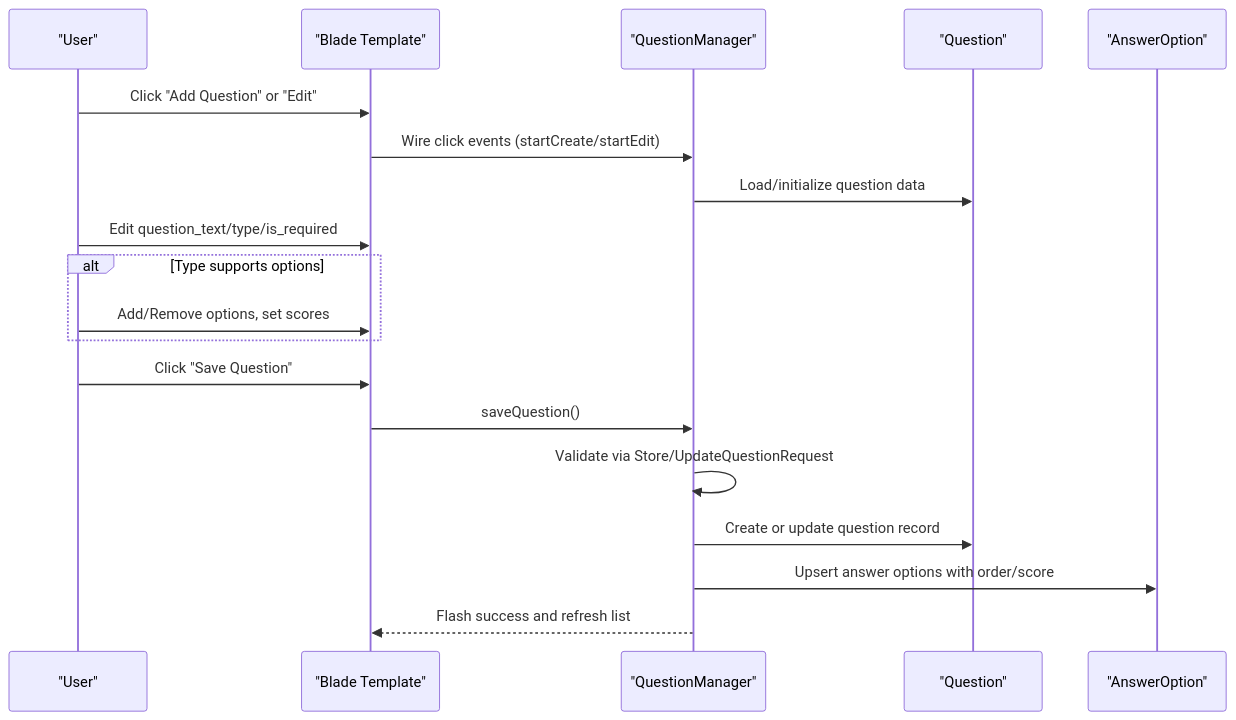
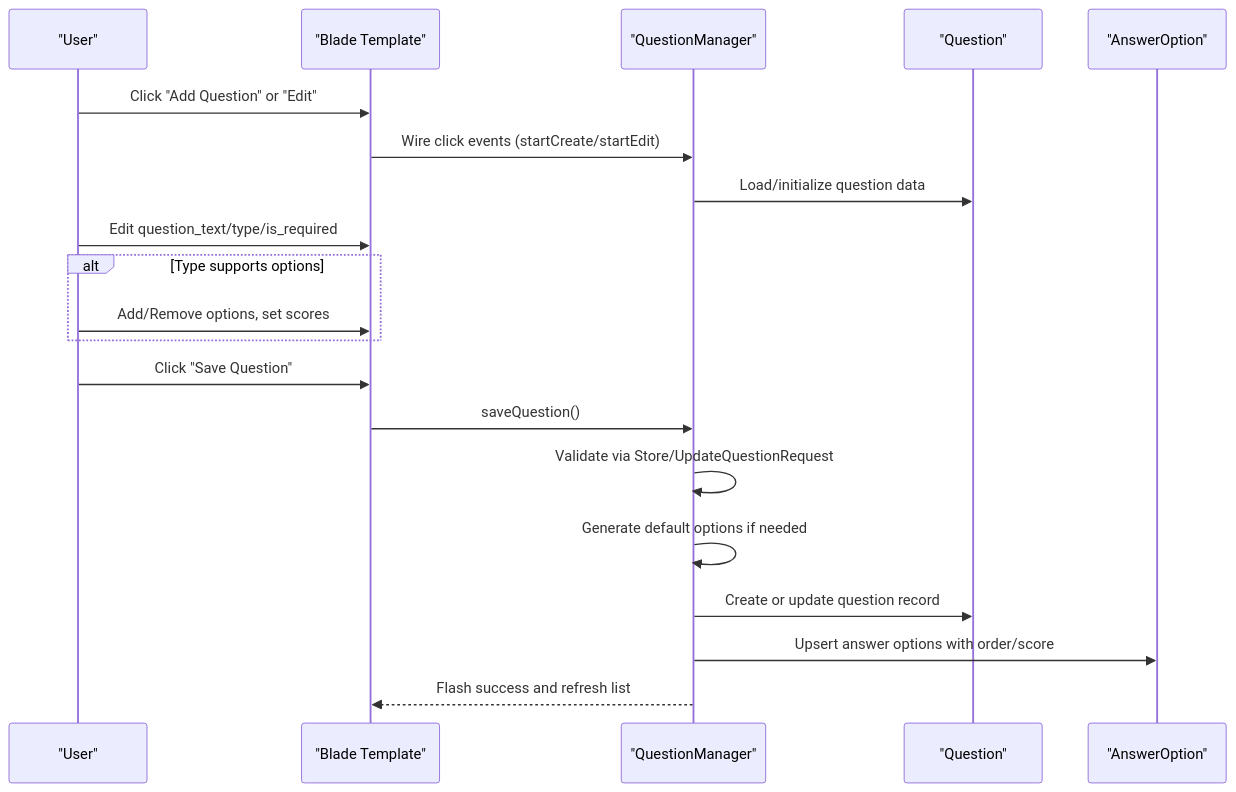
One commit to rudicatsmile/assesment360 changed the second of 6 diagrams in .qoder/repowiki/en/content/Core Features/Questionnaire Management/Question Management.md. Above: the diagram before and after it, drawn with Mermaid. The commit also changed other lines of this file and 4 other files, not shown here.

First line of the commit message:
feat(questionnaire): enhance validation and add Indonesian default rating options

````diff
--- a/.qoder/repowiki/en/content/Core Features/Questionnaire Management/Question Management.md
+++ b/.qoder/repowiki/en/content/Core Features/Questionnaire Management/Question Management.md
@@ -122,21 +129,22 @@
 ```mermaid
 sequenceDiagram
 participant U as "User"
 participant V as "Blade Template"
 participant C as "QuestionManager"
 participant Q as "Question"
 participant AO as "AnswerOption"
 U->>V : Click "Add Question" or "Edit"
 V->>C : Wire click events (startCreate/startEdit)
 C->>Q : Load/initialize question data
 U->>V : Edit question_text/type/is_required
 alt Type supports options
 U->>V : Add/Remove options, set scores
 end
 U->>V : Click "Save Question"
 V->>C : saveQuestion()
 C->>C : Validate via Store/UpdateQuestionRequest
+C->>C : Generate default options if needed
 C->>Q : Create or update question record
 C->>AO : Upsert answer options with order/score
 C-->>V : Flash success and refresh list
 ```
````
